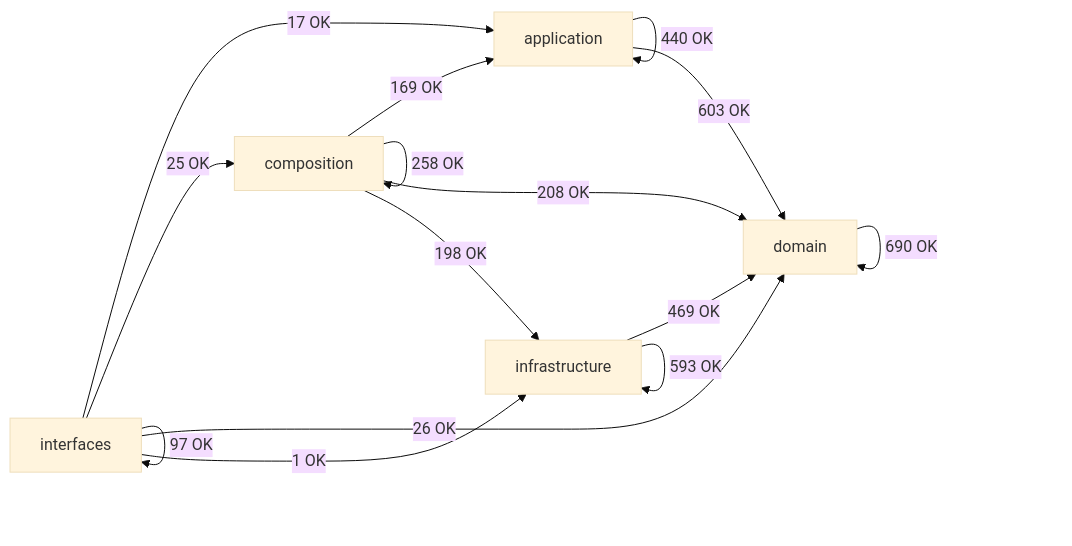
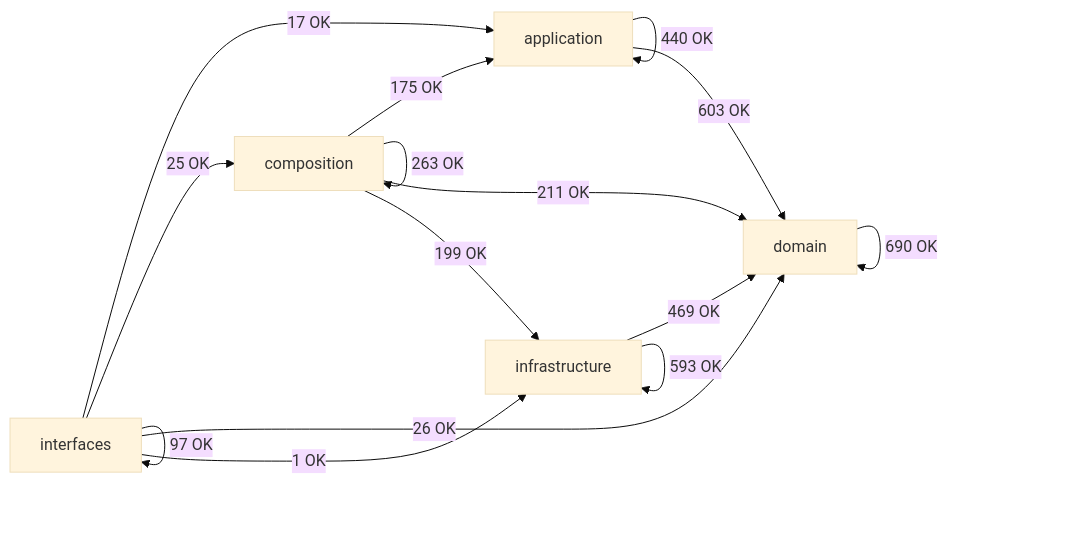
Before and after one commit to SatoryKono/BioactivityDataAcquisition: the diagram in docs/02-architecture/generated/module-dependency-map.md, drawn with Mermaid (base theme). The commit also changed other lines of this file and 28 other files, not shown here.

````diff
--- a/docs/02-architecture/generated/module-dependency-map.md
+++ b/docs/02-architecture/generated/module-dependency-map.md
@@ -16,22 +16,22 @@
 ```mermaid
 flowchart LR
     domain[domain]
     application[application]
     infrastructure[infrastructure]
     composition[composition]
     interfaces[interfaces]
     application -->|440 OK| application
     application -->|603 OK| domain
-    composition -->|169 OK| application
-    composition -->|258 OK| composition
-    composition -->|208 OK| domain
-    composition -->|198 OK| infrastructure
+    composition -->|175 OK| application
+    composition -->|263 OK| composition
+    composition -->|211 OK| domain
+    composition -->|199 OK| infrastructure
     domain -->|690 OK| domain
     infrastructure -->|469 OK| domain
     infrastructure -->|593 OK| infrastructure
     interfaces -->|17 OK| application
     interfaces -->|25 OK| composition
     interfaces -->|26 OK| domain
     interfaces -->|1 OK| infrastructure
     interfaces -->|97 OK| interfaces
 ```
````
